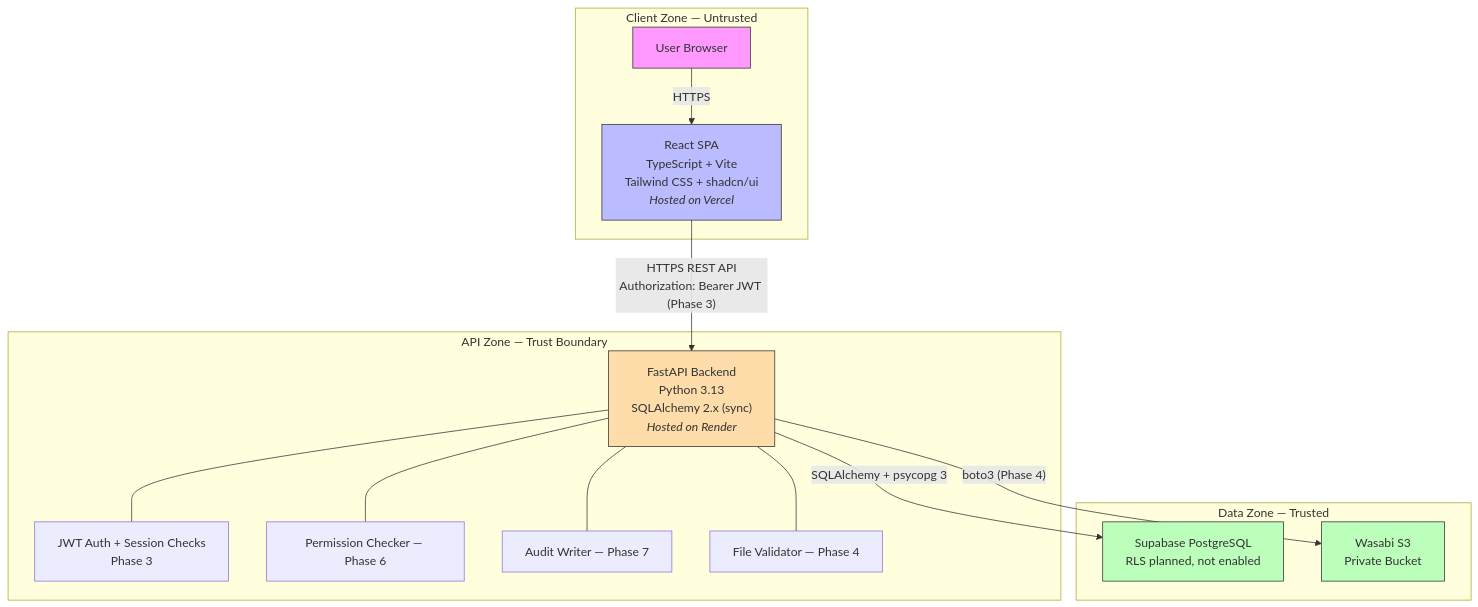
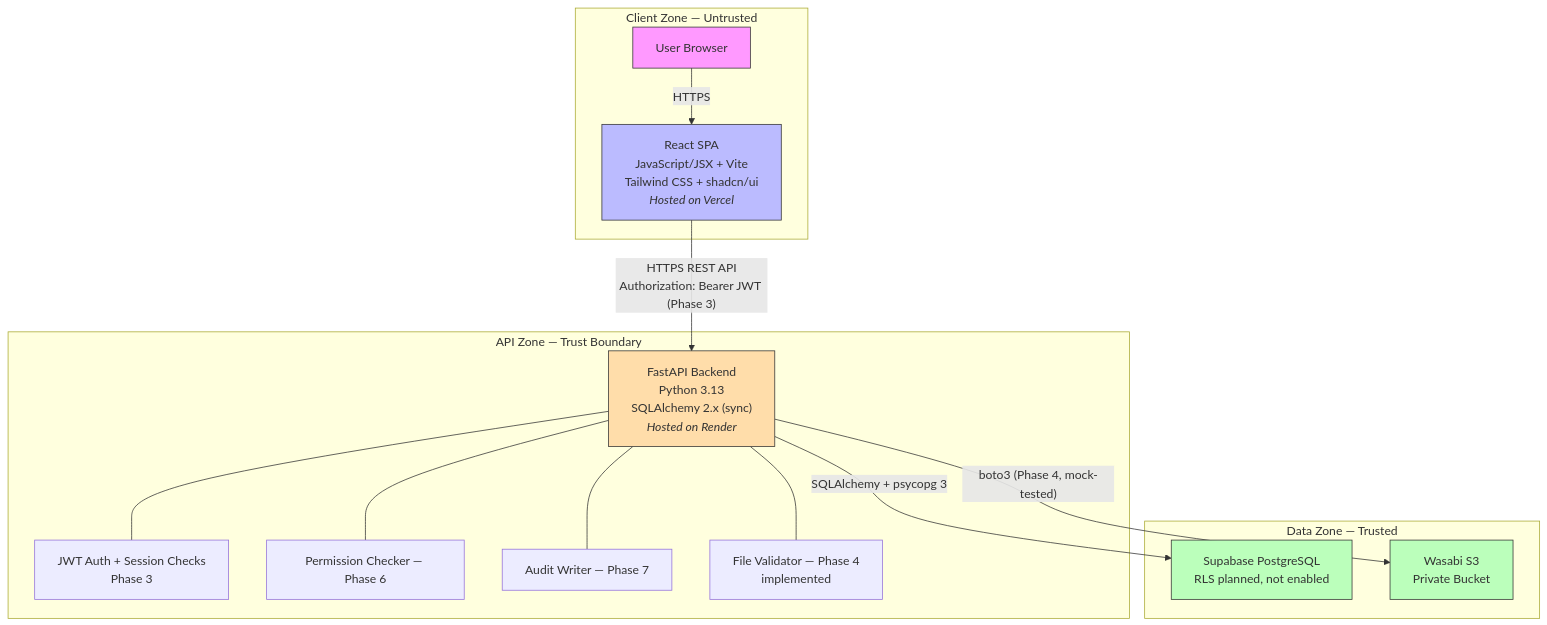
One commit to saisankeerth27/TrustVault changed the first of 4 diagrams in docs/ARCHITECTURE.md. Above: the diagram before and after it, drawn with Mermaid. The commit also changed other lines of this file and 65 other files, not shown here.

````diff
--- a/docs/ARCHITECTURE.md
+++ b/docs/ARCHITECTURE.md
@@ -11,35 +11,35 @@
 ```mermaid
 graph TB
     subgraph "Client Zone — Untrusted"
         Browser["User Browser"]
-        ReactSPA["React SPA<br/>TypeScript + Vite<br/>Tailwind CSS + shadcn/ui<br/><i>Hosted on Vercel</i>"]
+        ReactSPA["React SPA<br/>JavaScript/JSX + Vite<br/>Tailwind CSS + shadcn/ui<br/><i>Hosted on Vercel</i>"]
     end
 
     subgraph "API Zone — Trust Boundary"
         API["FastAPI Backend<br/>Python 3.13<br/>SQLAlchemy 2.x (sync)<br/><i>Hosted on Render</i>"]
         AuthMW["JWT Auth + Session Checks<br/>Phase 3"]
         PermCheck["Permission Checker — Phase 6"]
         AuditSvc["Audit Writer — Phase 7"]
-        FileVal["File Validator — Phase 4"]
+        FileVal["File Validator — Phase 4<br/>implemented"]
     end
 
     subgraph "Data Zone — Trusted"
         DB["Supabase PostgreSQL<br/>RLS planned, not enabled"]
         S3["Wasabi S3<br/>Private Bucket"]
     end
 
     Browser -->|"HTTPS"| ReactSPA
     ReactSPA -->|"HTTPS REST API<br/>Authorization: Bearer JWT (Phase 3)"| API
     API --- AuthMW
     API --- PermCheck
     API --- AuditSvc
     API --- FileVal
     API -->|"SQLAlchemy + psycopg 3"| DB
-    API -->|"boto3 (Phase 4)"| S3
+    API -->|"boto3 (Phase 4, mock-tested)"| S3
 
     style Browser fill:#f9f,stroke:#333
     style ReactSPA fill:#bbf,stroke:#333
     style API fill:#fda,stroke:#333
     style DB fill:#bfb,stroke:#333
     style S3 fill:#bfb,stroke:#333
 ```
````
